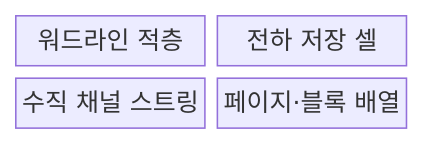
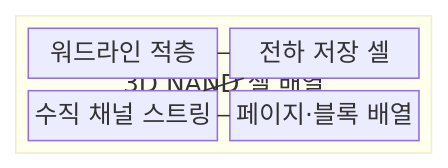
The first of 2 diagrams in src/content/docs/notes/02-hardware/031_nand_flash_3d_v_nand.md (agnusdei1207/knowledge-base), drawn with Mermaid before and after one commit. The commit also changed other lines of this file and 20 other files, not shown here.

````diff
--- a/src/content/docs/notes/02-hardware/031_nand_flash_3d_v_nand.md
+++ b/src/content/docs/notes/02-hardware/031_nand_flash_3d_v_nand.md
@@ -74,8 +69,14 @@
 ```mermaid
 block
-    columns 2
-    WL["워드라인 적층"]
-    CELL["전하 저장 셀"]
-    CH["수직 채널 스트링"]
-    PB["페이지·블록 배열"]
+    columns 1
+    block:N["3D NAND 셀 배열"]
+        columns 2
+        WL["워드라인 적층"]
+        CELL["전하 저장 셀"]
+        CH["수직 채널 스트링"]
+        PB["페이지·블록 배열"]
+        WL --- CELL
+        CELL --- CH
+        CH --- PB
+    end
 ```
````
